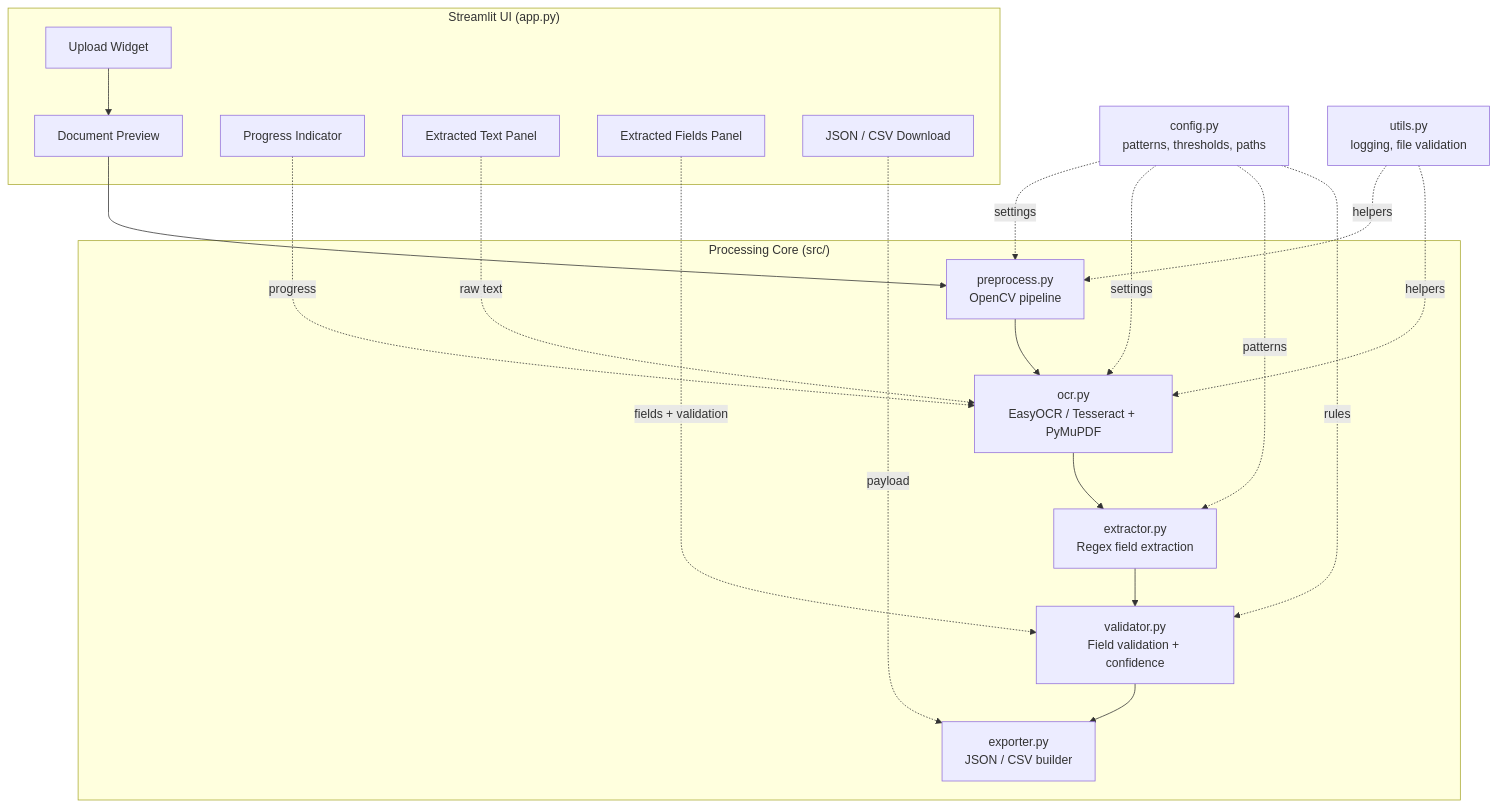
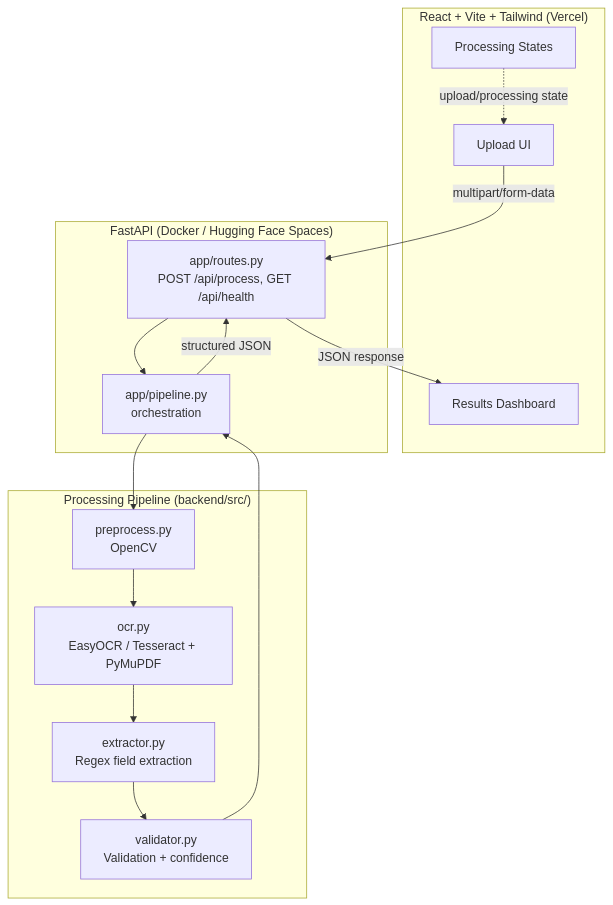
The first of 2 diagrams in README.md (arun-abishek-n/AI-Document-Processor), drawn with Mermaid before and after one commit. The commit also changed other lines of this file and 59 other files, not shown here.

First line of the commit message:
Rebuild as FastAPI + React, fix OCR encoding crash, add tests

````diff
--- a/README.md
+++ b/README.md
@@ -70,36 +54,27 @@
 ```mermaid
 flowchart TB
-    subgraph UI["Streamlit UI (app.py)"]
-        A[Upload Widget]
-        B[Document Preview]
-        C[Progress Indicator]
-        D[Extracted Text Panel]
-        E[Extracted Fields Panel]
-        F[JSON / CSV Download]
+    subgraph Client["React + Vite + Tailwind (Vercel)"]
+        UI[Upload UI]
+        PS[Processing States]
+        RD[Results Dashboard]
     end
 
-    subgraph Core["Processing Core (src/)"]
-        P[preprocess.py<br/>OpenCV pipeline]
-        O[ocr.py<br/>EasyOCR / Tesseract + PyMuPDF]
-        X[extractor.py<br/>Regex field extraction]
-        V[validator.py<br/>Field validation + confidence]
-        EX[exporter.py<br/>JSON / CSV builder]
+    subgraph API["FastAPI (Docker / Hugging Face Spaces)"]
+        R[app/routes.py<br/>POST /api/process, GET /api/health]
+        P[app/pipeline.py<br/>orchestration]
     end
 
-    CFG[config.py<br/>patterns, thresholds, paths]
-    U[utils.py<br/>logging, file validation]
+    subgraph Core["Processing Pipeline (backend/src/)"]
+        PRE[preprocess.py<br/>OpenCV]
+        OCR[ocr.py<br/>EasyOCR / Tesseract + PyMuPDF]
+        EXT[extractor.py<br/>Regex field extraction]
+        VAL[validator.py<br/>Validation + confidence]
+    end
 
-    A --> B --> P
-    P --> O --> X --> V --> EX
-    C -.progress.-> O
-    D -.raw text.-> O
-    E -.fields + validation.-> V
-    F -.payload.-> EX
-
-    CFG -.settings.-> P
-    CFG -.settings.-> O
-    CFG -.patterns.-> X
-    CFG -.rules.-> V
-    U -.helpers.-> P
-    U -.helpers.-> O
+    UI -->|multipart/form-data| R
+    R --> P
+    P --> PRE --> OCR --> EXT --> VAL --> P
+    P -->|structured JSON| R
+    R -->|JSON response| RD
+    PS -.upload/processing state.-> UI
 ```
````
